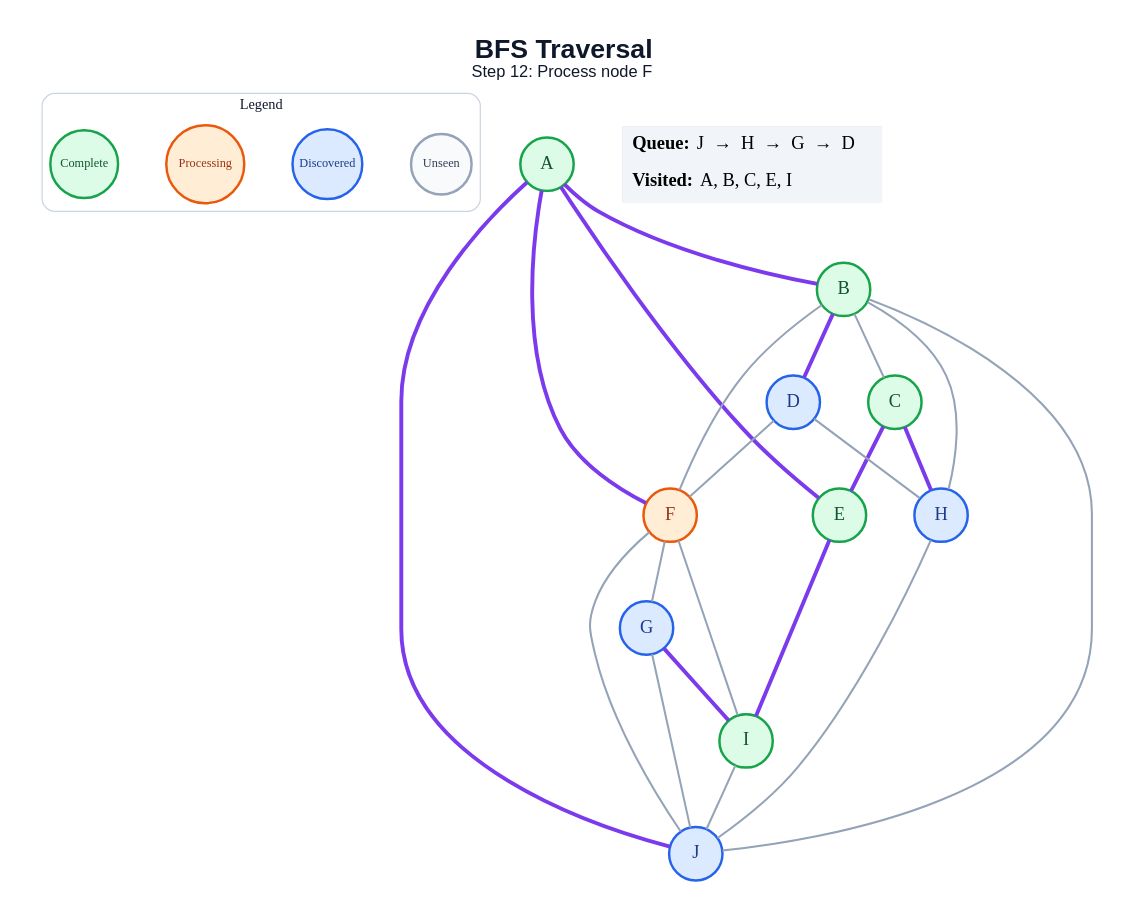
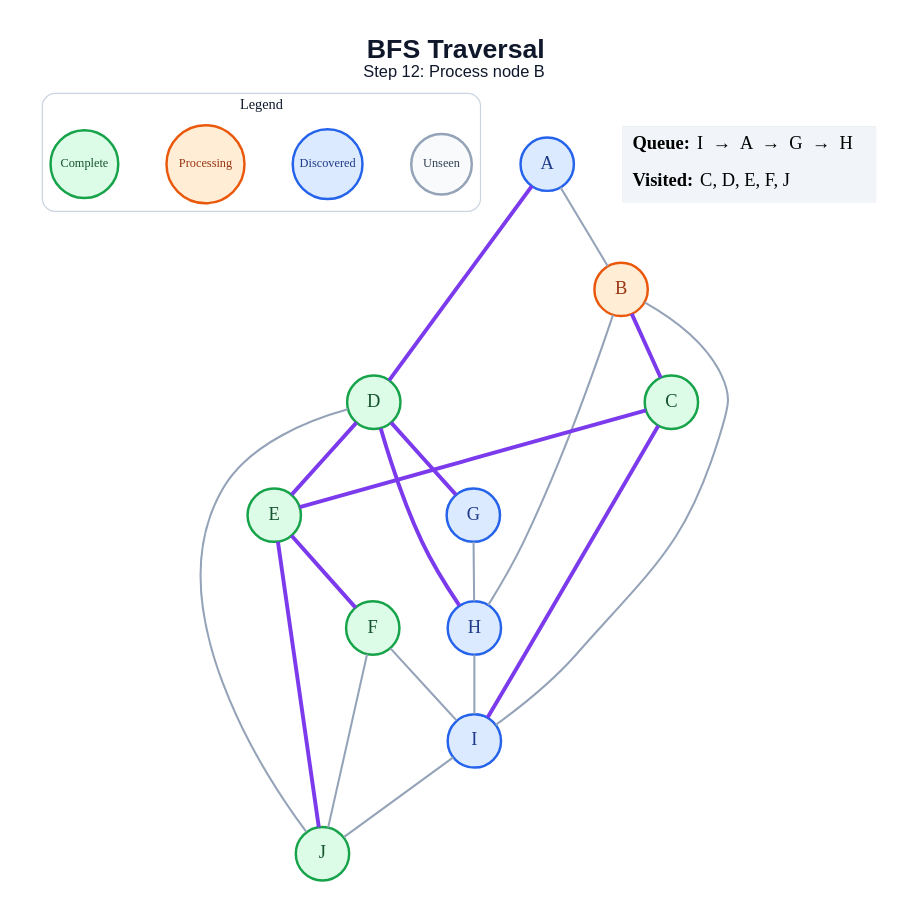
Before and after one commit to amanghodawala9/ai-slop: the diagram in generated/specific-node/bfs/step_12.dot, drawn with Graphviz. The commit also changed 178 other files, not shown here.

```diff
--- a/generated/specific-node/bfs/step_12.dot
+++ b/generated/specific-node/bfs/step_12.dot
@@ -1,50 +1,47 @@
 graph traversal {
   graph [layout=dot, rankdir=TB, bgcolor="#FFFFFF", pad="0.35", nodesep="0.65", ranksep="0.8", fontname="Arial"];
   node [shape=circle, style="filled", fontname="Arial Bold", fontsize=18, width=0.72, fixedsize=true, penwidth=2.4];
   edge [color="#94A3B8", penwidth=2.0];
-  label=<<B>BFS Traversal</B><BR/><FONT POINT-SIZE="16">Step 12: Process node F</FONT>>; labelloc="t"; fontsize=26; fontname="Arial"; fontcolor="#0F172A";
+  label=<<B>BFS Traversal</B><BR/><FONT POINT-SIZE="16">Step 12: Process node B</FONT>>; labelloc="t"; fontsize=26; fontname="Arial"; fontcolor="#0F172A";
   subgraph cluster_legend { label="Legend"; color="#CBD5E1"; penwidth=1.2; style="rounded"; fontsize=14; fontname="Arial Bold";
     key_unseen [label="Unseen", fillcolor="#F8FAFC", color="#94A3B8", fontcolor="#334155", fontsize=12, width=0.82];
     key_frontier [label="Discovered", fillcolor="#DBEAFE", color="#2563EB", fontcolor="#1E3A8A", fontsize=12, width=0.95];
     key_current [label="Processing", fillcolor="#FFEDD5", color="#EA580C", fontcolor="#9A3412", fontsize=12, width=1.05];
     key_done [label="Complete", fillcolor="#DCFCE7", color="#16A34A", fontcolor="#14532D", fontsize=12, width=0.92];
     { rank=same; key_unseen; key_frontier; key_current; key_done; }
   }
-  A [fillcolor="#DCFCE7", color="#16A34A", fontcolor="#14532D"];
-  B [fillcolor="#DCFCE7", color="#16A34A", fontcolor="#14532D"];
+  A [fillcolor="#DBEAFE", color="#2563EB", fontcolor="#1E3A8A"];
+  B [fillcolor="#FFEDD5", color="#EA580C", fontcolor="#9A3412"];
   C [fillcolor="#DCFCE7", color="#16A34A", fontcolor="#14532D"];
-  D [fillcolor="#DBEAFE", color="#2563EB", fontcolor="#1E3A8A"];
+  D [fillcolor="#DCFCE7", color="#16A34A", fontcolor="#14532D"];
   E [fillcolor="#DCFCE7", color="#16A34A", fontcolor="#14532D"];
-  F [fillcolor="#FFEDD5", color="#EA580C", fontcolor="#9A3412"];
+  F [fillcolor="#DCFCE7", color="#16A34A", fontcolor="#14532D"];
   G [fillcolor="#DBEAFE", color="#2563EB", fontcolor="#1E3A8A"];
   H [fillcolor="#DBEAFE", color="#2563EB", fontcolor="#1E3A8A"];
-  I [fillcolor="#DCFCE7", color="#16A34A", fontcolor="#14532D"];
-  J [fillcolor="#DBEAFE", color="#2563EB", fontcolor="#1E3A8A"];
-  A -- B [color="#7C3AED", penwidth=3.8];
-  A -- E [color="#7C3AED", penwidth=3.8];
-  A -- F [color="#7C3AED", penwidth=3.8];
-  A -- J [color="#7C3AED", penwidth=3.8];
-  B -- C;
-  B -- D [color="#7C3AED", penwidth=3.8];
-  B -- F;
+  I [fillcolor="#DBEAFE", color="#2563EB", fontcolor="#1E3A8A"];
+  J [fillcolor="#DCFCE7", color="#16A34A", fontcolor="#14532D"];
+  A -- B;
+  A -- D [color="#7C3AED", penwidth=3.8];
+  B -- C [color="#7C3AED", penwidth=3.8];
   B -- H;
-  B -- J;
+  B -- I;
   C -- E [color="#7C3AED", penwidth=3.8];
-  C -- H [color="#7C3AED", penwidth=3.8];
-  D -- F;
-  D -- H;
-  E -- I [color="#7C3AED", penwidth=3.8];
-  F -- G;
+  C -- I [color="#7C3AED", penwidth=3.8];
+  D -- E [color="#7C3AED", penwidth=3.8];
+  D -- G [color="#7C3AED", penwidth=3.8];
+  D -- H [color="#7C3AED", penwidth=3.8];
+  D -- J;
+  E -- F [color="#7C3AED", penwidth=3.8];
+  E -- J [color="#7C3AED", penwidth=3.8];
   F -- I;
   F -- J;
-  G -- I [color="#7C3AED", penwidth=3.8];
-  G -- J;
-  H -- J;
+  G -- H;
+  H -- I;
   I -- J;
   status [shape=plain, fixedsize=false, width=0, height=0, margin=0, label=<
     <TABLE BORDER="0" CELLBORDER="0" CELLPADDING="7" BGCOLOR="#F1F5F9">
-      <TR><TD ALIGN="LEFT"><B>Queue:</B> J  →  H  →  G  →  D</TD></TR>
-      <TR><TD ALIGN="LEFT"><B>Visited:</B> A, B, C, E, I</TD></TR>
+      <TR><TD ALIGN="LEFT"><B>Queue:</B> I  →  A  →  G  →  H</TD></TR>
+      <TR><TD ALIGN="LEFT"><B>Visited:</B> C, D, E, F, J</TD></TR>
     </TABLE>
   >];
 }
```
